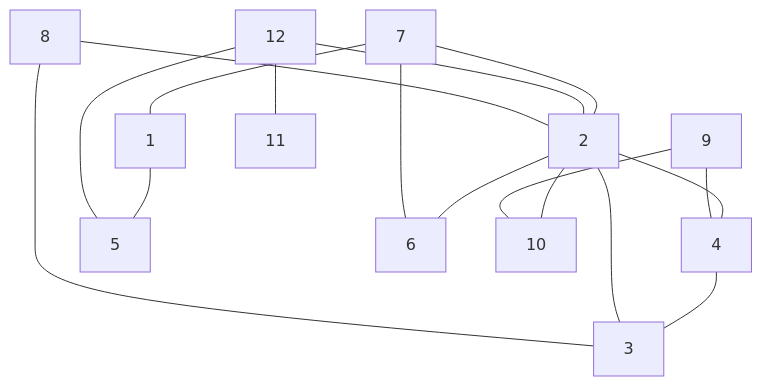
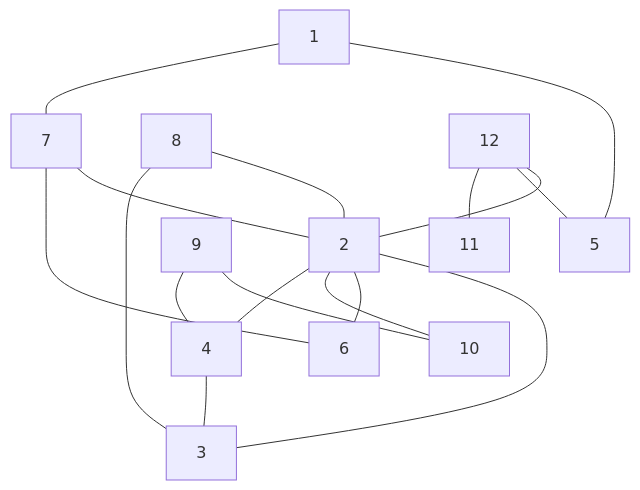
Before and after one commit to antononcube/Raku-Graph: the diagram in README.md, drawn with Mermaid. The commit also changed other lines of this file and 1 other file, not shown here.

````diff
--- a/README.md
+++ b/README.md
@@ -84,19 +84,19 @@
 ```mermaid
 graph TD
-8 --- 2
-8 --- 3
-12 --- 2
+1 --- 7
+1 --- 5
+9 --- 4
+9 --- 10
 12 --- 11
 12 --- 5
+12 --- 2
+8 --- 3
+8 --- 2
 7 --- 6
-7 --- 1
 7 --- 2
-9 --- 4
-9 --- 10
 2 --- 4
+2 --- 10
 2 --- 6
 2 --- 3
-2 --- 10
-1 --- 5
 4 --- 3
 ```
````
